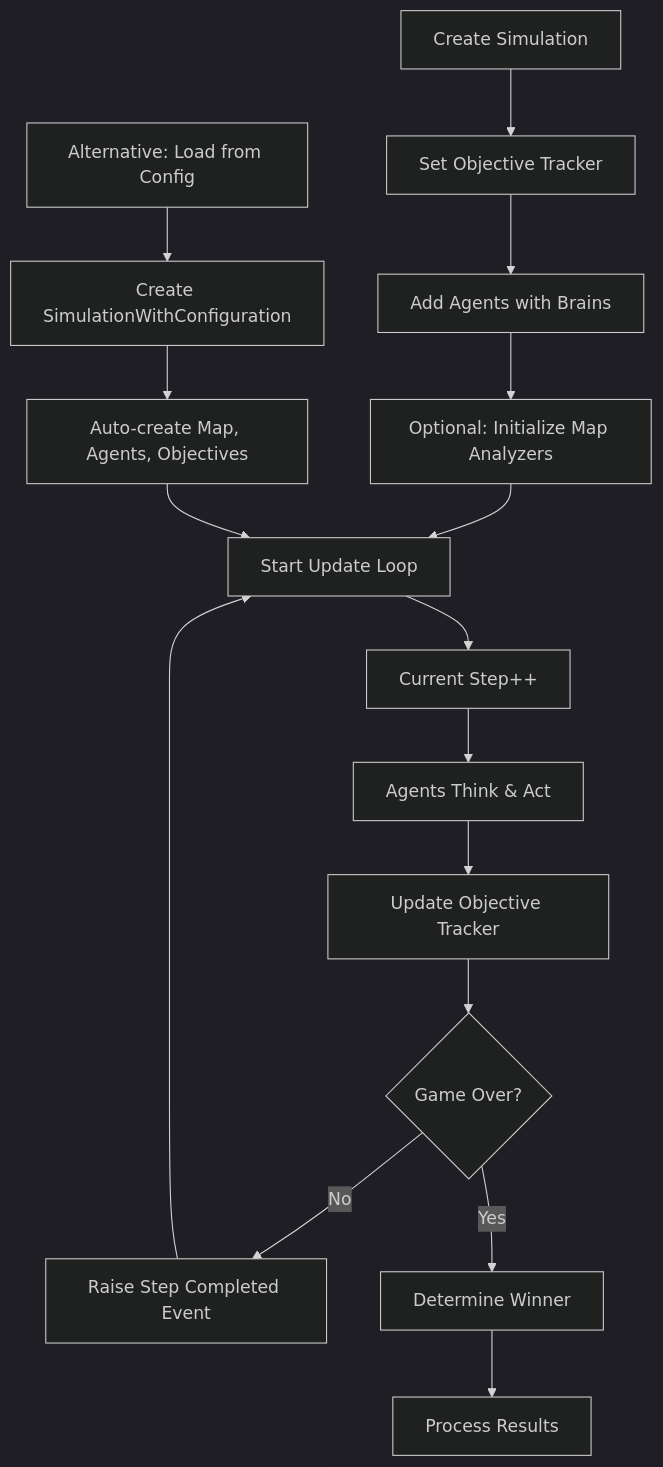
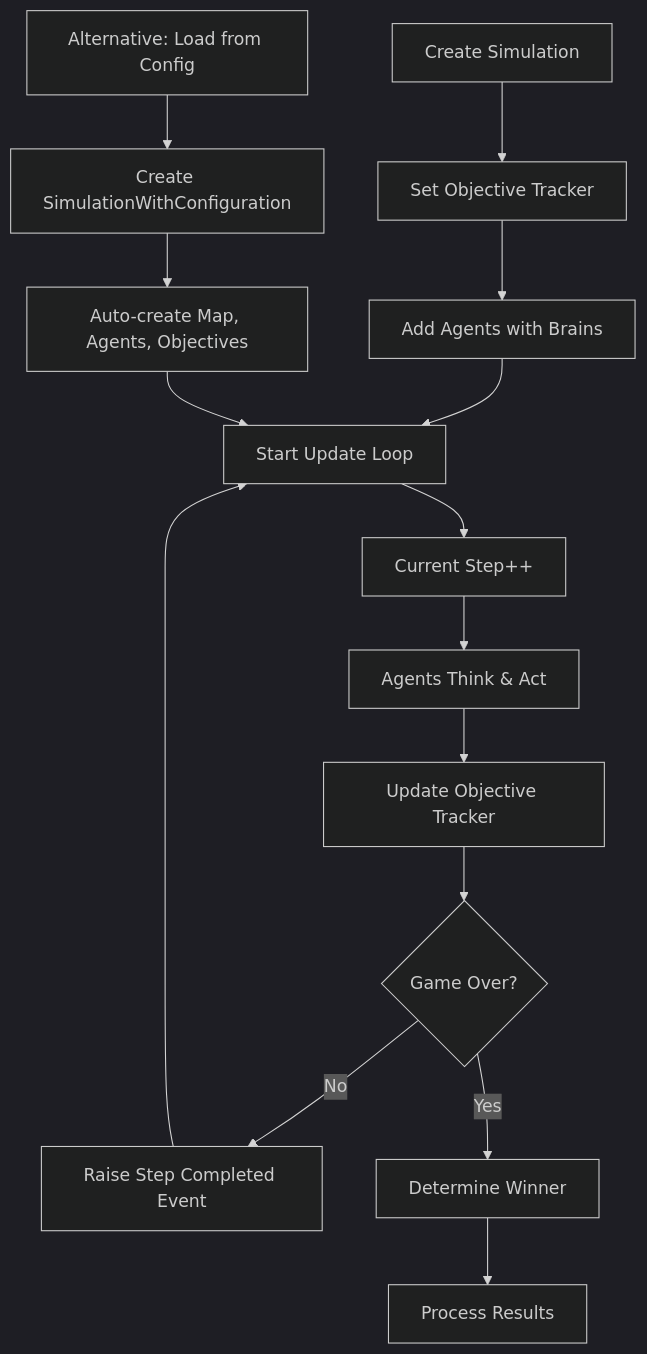
Before and after one commit to arbyun/Simulation-Toolkit-AI: the second of 2 diagrams in README.md, drawn with Mermaid (dark theme).

Commit message:
fix small mistake in simulation flow chart

````diff
--- a/README.md
+++ b/README.md
@@ -317,19 +317,18 @@
 ```mermaid
 flowchart TD
     A[Create Simulation] --> B[Set Objective Tracker]
-    B --> C[Add Agents with Brains]
-    C --> D[Optional: Initialize Map Analyzers]
+    B --> D[Add Agents with Brains]
     D --> E[Start Update Loop]
     E --> F[Current Step++]
     F --> G[Agents Think & Act]
     G --> H[Update Objective Tracker]
     H --> I{Game Over?}
     I -->|No| J[Raise Step Completed Event]
     J --> E
     I -->|Yes| K[Determine Winner]
     K --> L[Process Results]
     
     M[Alternative: Load from Config] --> N[Create SimulationWithConfiguration]
     N --> O[Auto-create Map, Agents, Objectives]
     O --> E
 ```
````
